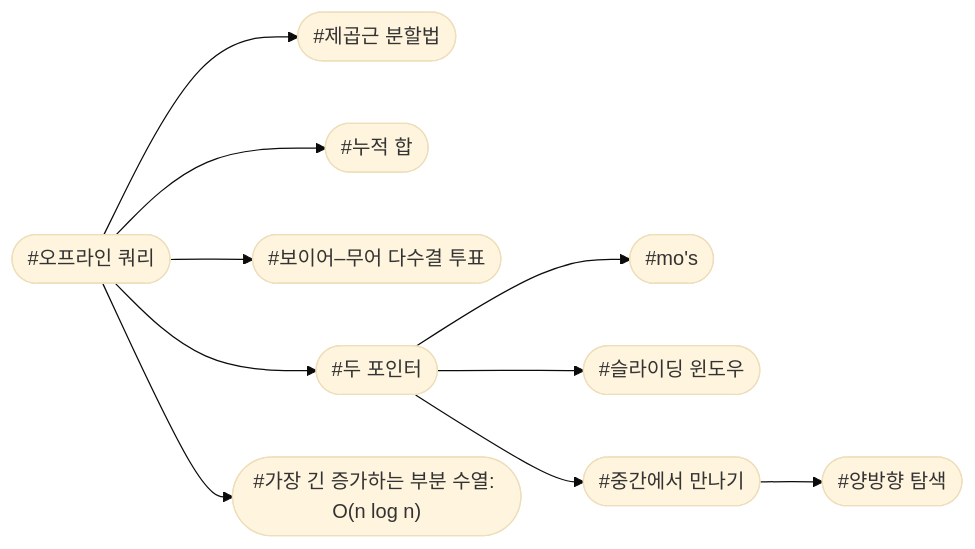
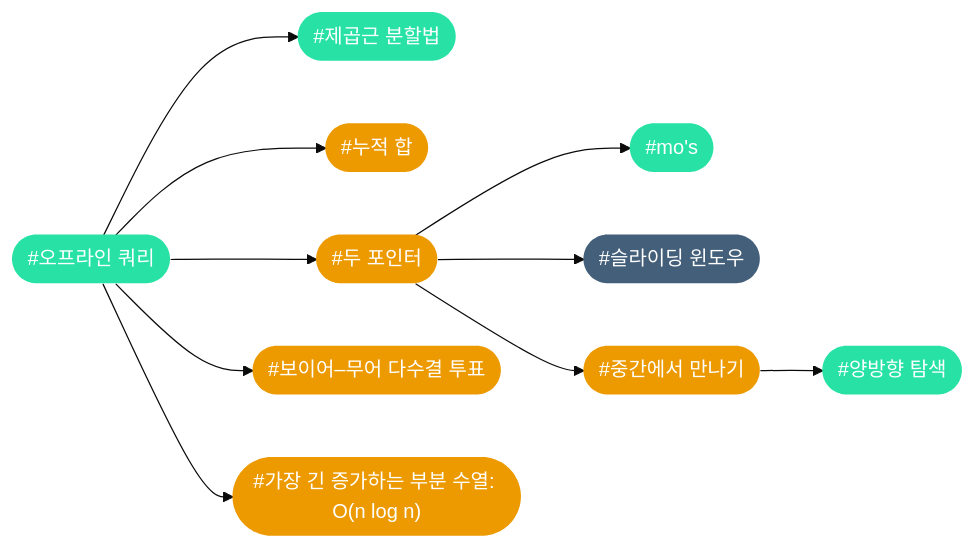
One commit to CHOYUNSIG/algorithm_with_boj changed the seventh of 10 diagrams in index.md. Above: the diagram before and after it, drawn with Mermaid (base theme). The commit also changed other lines of this file and 2 other files, not shown here.

```diff
--- a/index.md
+++ b/index.md
@@ -299,24 +360,31 @@
 <pre class="mermaid">
     graph LR
 
     #offline_queries --> #sqrt_decomposition
     #offline_queries --> #prefix_sum
+    #offline_queries --> #two_pointer
     #offline_queries --> #majority_vote
-    #offline_queries --> #two_pointer
     #offline_queries --> #lis
     #two_pointer --> #mo
     #two_pointer --> #sliding_window
     #two_pointer --> #mitm
     #mitm --> #bidirectional_search
 
-    #mo(["#mo's"])
-    #lis(["#가장 긴 증가하는 부분 수열: O(n log n)"])
-    #prefix_sum(["#누적 합"])
-    #two_pointer(["#두 포인터"])
-    #majority_vote(["#보이어–무어 다수결 투표"])
-    #sliding_window(["#슬라이딩 윈도우"])
-    #bidirectional_search(["#양방향 탐색"])
-    #offline_queries(["#오프라인 쿼리"])
-    #sqrt_decomposition(["#제곱근 분할법"])
-    #mitm(["#중간에서 만나기"])
+    #mo(["#mo's"]):::tier3
+    #lis(["#가장 긴 증가하는 부분 수열: O(n log n)"]):::tier2
+    #prefix_sum(["#누적 합"]):::tier2
+    #two_pointer(["#두 포인터"]):::tier2
+    #majority_vote(["#보이어–무어 다수결 투표"]):::tier2
+    #sliding_window(["#슬라이딩 윈도우"]):::tier1
+    #bidirectional_search(["#양방향 탐색"]):::tier3
+    #offline_queries(["#오프라인 쿼리"]):::tier3
+    #sqrt_decomposition(["#제곱근 분할법"]):::tier3
+    #mitm(["#중간에서 만나기"]):::tier2
+
+    classDef tier0 fill:#ad5600, color:#fff, stroke:#0000
+    classDef tier1 fill:#435f7a, color:#fff, stroke:#0000
+    classDef tier2 fill:#ec9a00, color:#fff, stroke:#0000
+    classDef tier3 fill:#27e2a4, color:#fff, stroke:#0000
+    classDef tier4 fill:#00b4fc, color:#fff, stroke:#0000
+    classDef tier5 fill:#ff0062, color:#fff, stroke:#0000
 </pre>
```
